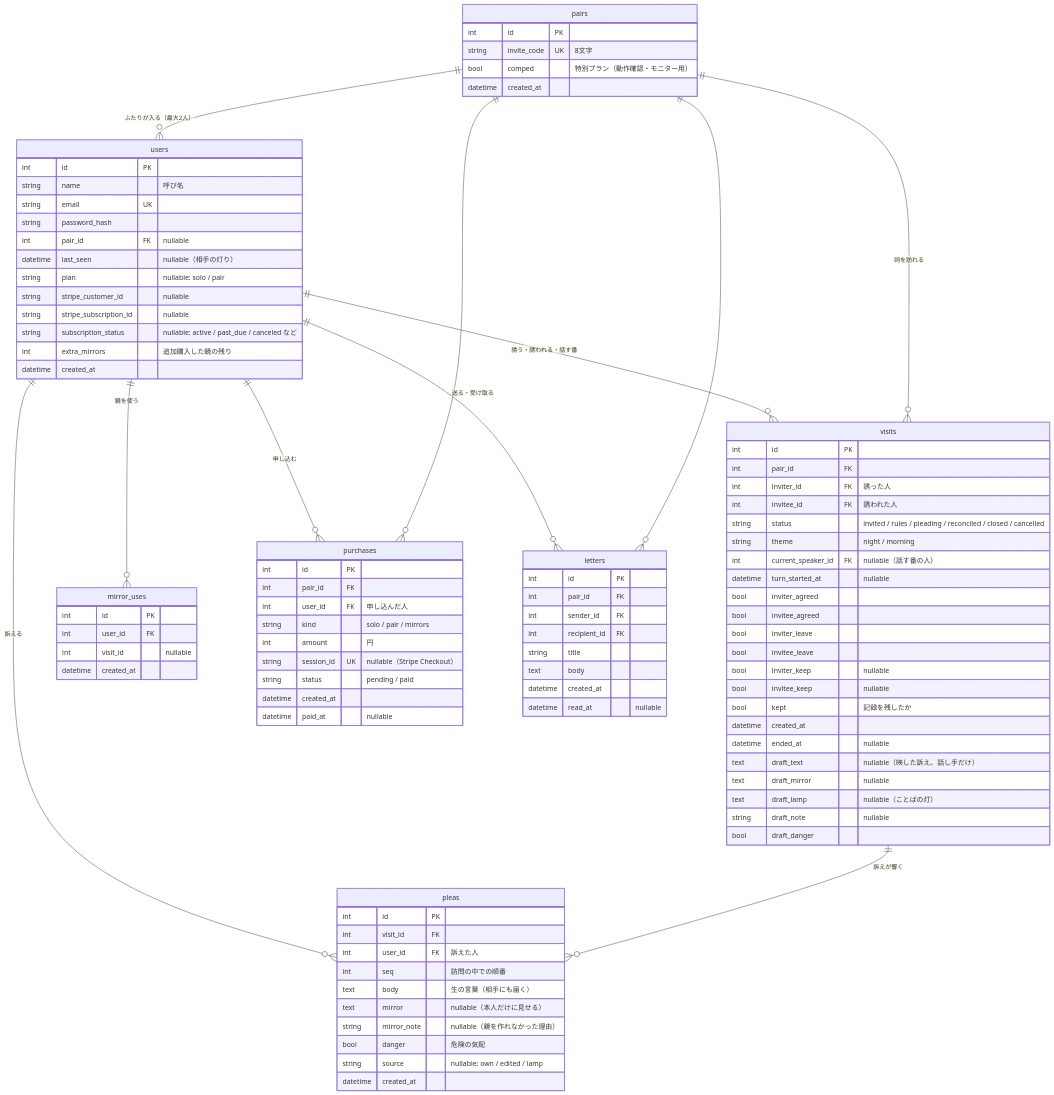
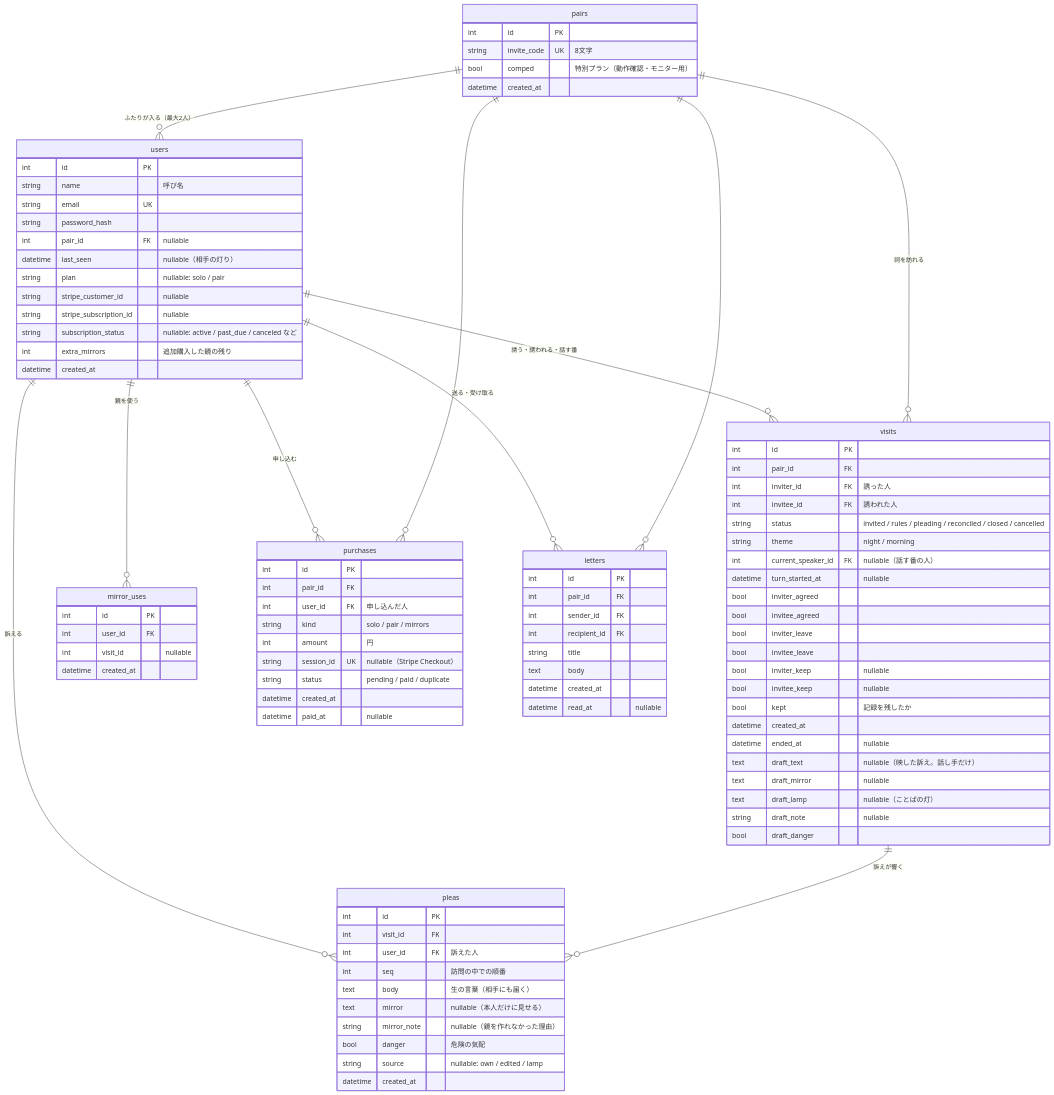
Before and after one commit to yuyu7707/sinden-app: the first of 2 diagrams in docs/design/database.md, drawn with Mermaid. The commit also changed other lines of this file and 3 other files, not shown here.

```diff
--- a/docs/design/database.md
+++ b/docs/design/database.md
@@ -91,7 +92,7 @@
         string kind "solo / pair / mirrors"
         int amount "円"
         string session_id UK "nullable（Stripe Checkout）"
-        string status "pending / paid"
+        string status "pending / paid / duplicate"
         datetime created_at
         datetime paid_at "nullable"
     }
```
